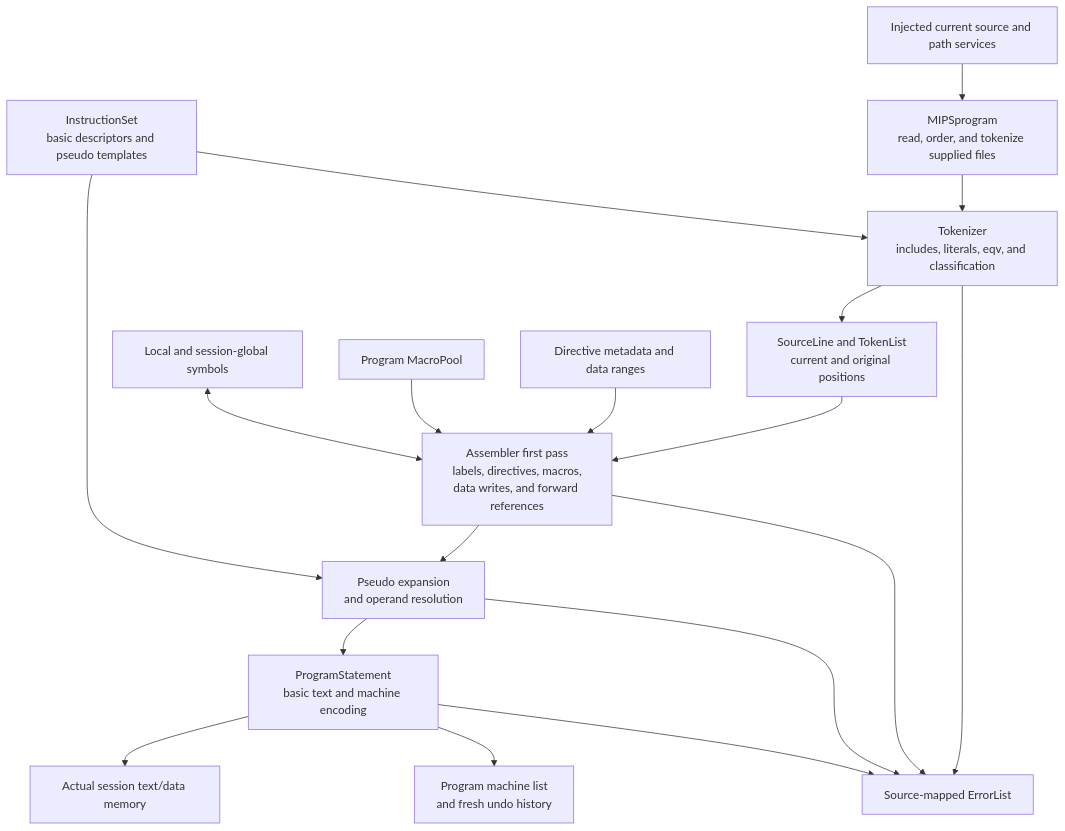
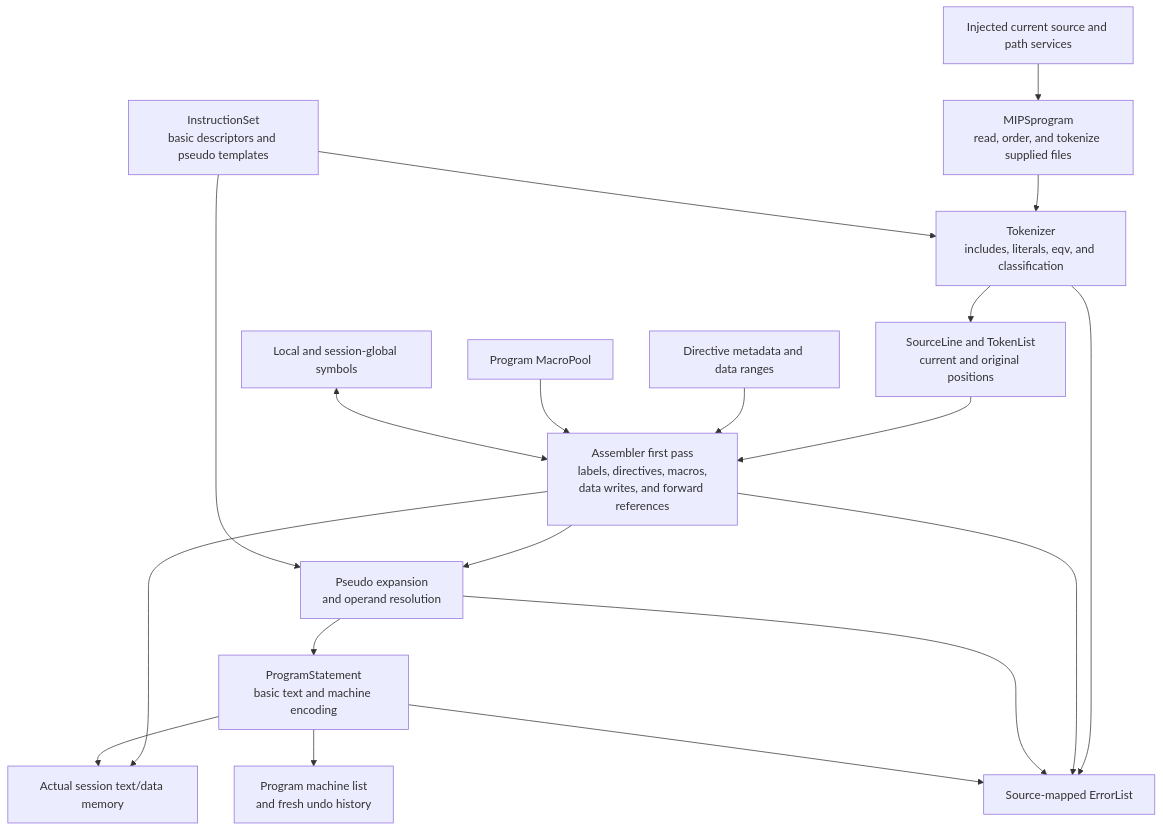
Before and after one commit to awpala/MARS-ts: the first of 2 diagrams in src/lib/engine/assembler/README.md, drawn with Mermaid. The commit also changed 4 other files, not shown here.

Commit message:
docs: true-up diagrams

````diff
--- a/src/lib/engine/assembler/README.md
+++ b/src/lib/engine/assembler/README.md
@@ -24,20 +24,21 @@
 ```mermaid
 flowchart TB
     Host["Injected current source and path services"] --> Program["MIPSprogram<br/>read, order, and tokenize supplied files"]
     Program --> Tokenizer["Tokenizer<br/>includes, literals, eqv, and classification"]
     Tokenizer --> Tokens["SourceLine and TokenList<br/>current and original positions"]
     Tokens --> First["Assembler first pass<br/>labels, directives, macros,<br/>data writes, and forward references"]
     Directives["Directive metadata and data ranges"] --> First
     Macros["Program MacroPool"] --> First
     Symbols["Local and session-global symbols"] <--> First
     First --> Second["Pseudo expansion<br/>and operand resolution"]
     Instructions["InstructionSet<br/>basic descriptors and pseudo templates"] --> Tokenizer
     Instructions --> Second
     Second --> Statements["ProgramStatement<br/>basic text and machine encoding"]
-    Statements --> Memory["Actual session text/data memory"]
+    First --> Memory["Actual session text/data memory"]
+    Statements --> Memory
     Statements --> Results["Program machine list<br/>and fresh undo history"]
     Tokenizer --> Errors["Source-mapped ErrorList"]
     First --> Errors
     Second --> Errors
     Statements --> Errors
 ```
````
